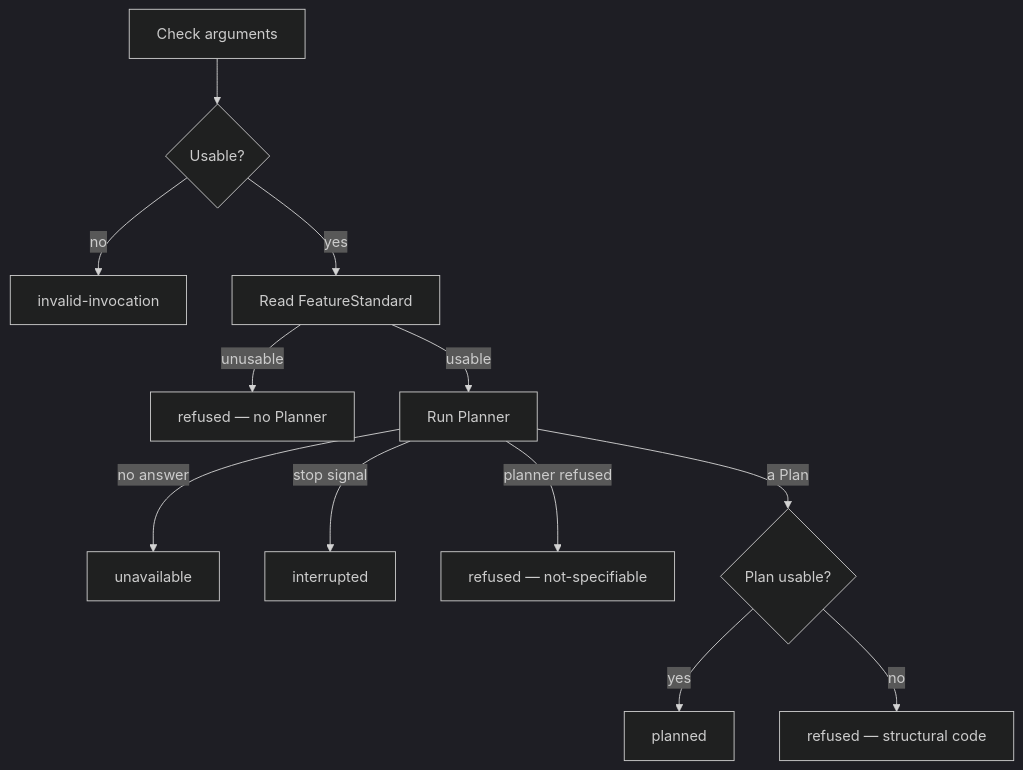
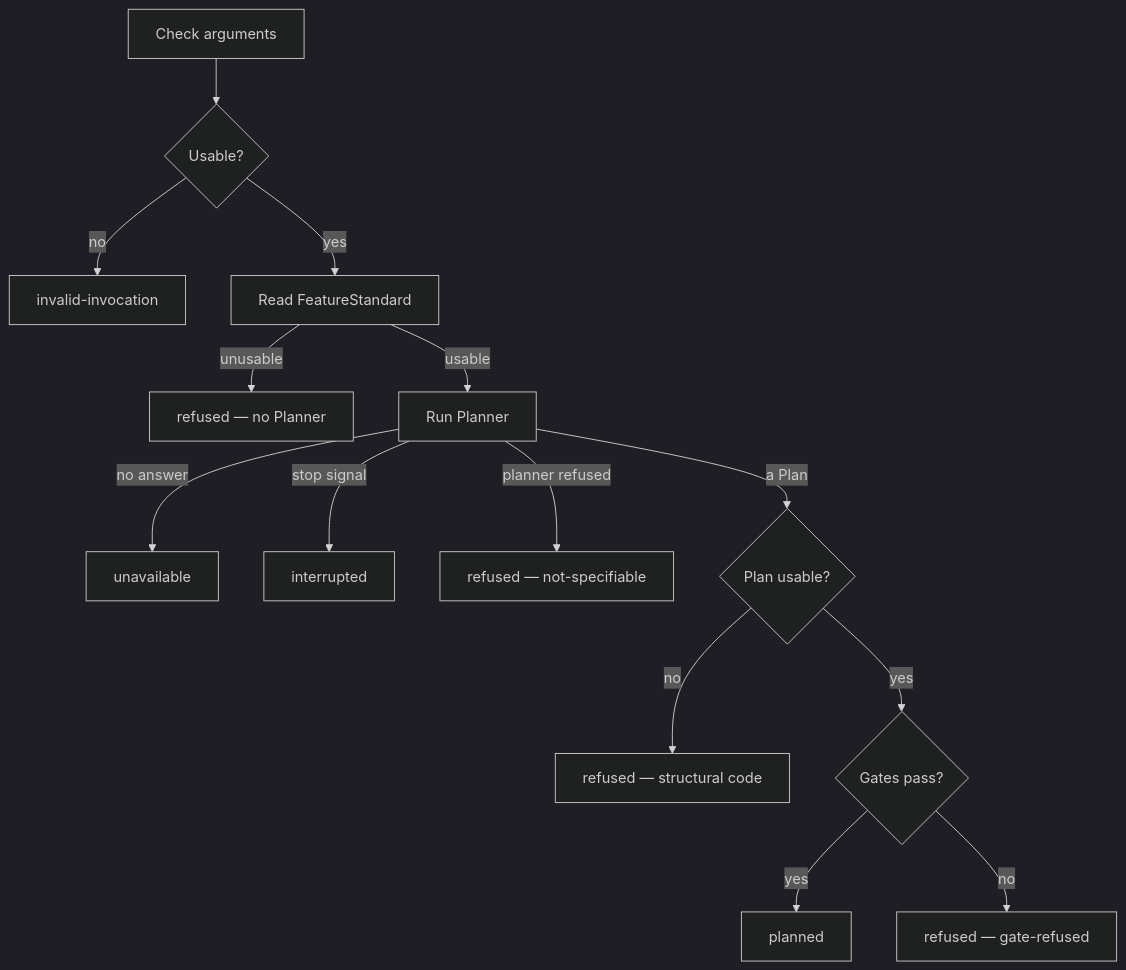
The diagram in packages/kernel/feature-breakdown/SPECS.md (tilap/bluewombat), drawn with Mermaid (dark theme) before and after one commit. The commit also changed other lines of this file and 45 other files, not shown here.

First line of the commit message:
feat(gates): give every role its own Gate sequence

````diff
--- a/packages/kernel/feature-breakdown/SPECS.md
+++ b/packages/kernel/feature-breakdown/SPECS.md
@@ -109,14 +115,16 @@
 ```mermaid
 flowchart TD
   START[Check arguments] --> ARGS{Usable?}
   ARGS -->|no| INV[invalid-invocation]
   ARGS -->|yes| FEAT[Read FeatureStandard]
   FEAT -->|unusable| REF1[refused — no Planner]
   FEAT -->|usable| PL[Run Planner]
   PL -->|no answer| UNA[unavailable]
   PL -->|stop signal| INT[interrupted]
   PL -->|planner refused| REF2[refused — not-specifiable]
   PL -->|a Plan| CHK{Plan usable?}
-  CHK -->|yes| OK[planned]
   CHK -->|no| REF3[refused — structural code]
+  CHK -->|yes| GATE{Gates pass?}
+  GATE -->|yes| OK[planned]
+  GATE -->|no| REF4[refused — gate-refused]
 ```
````
